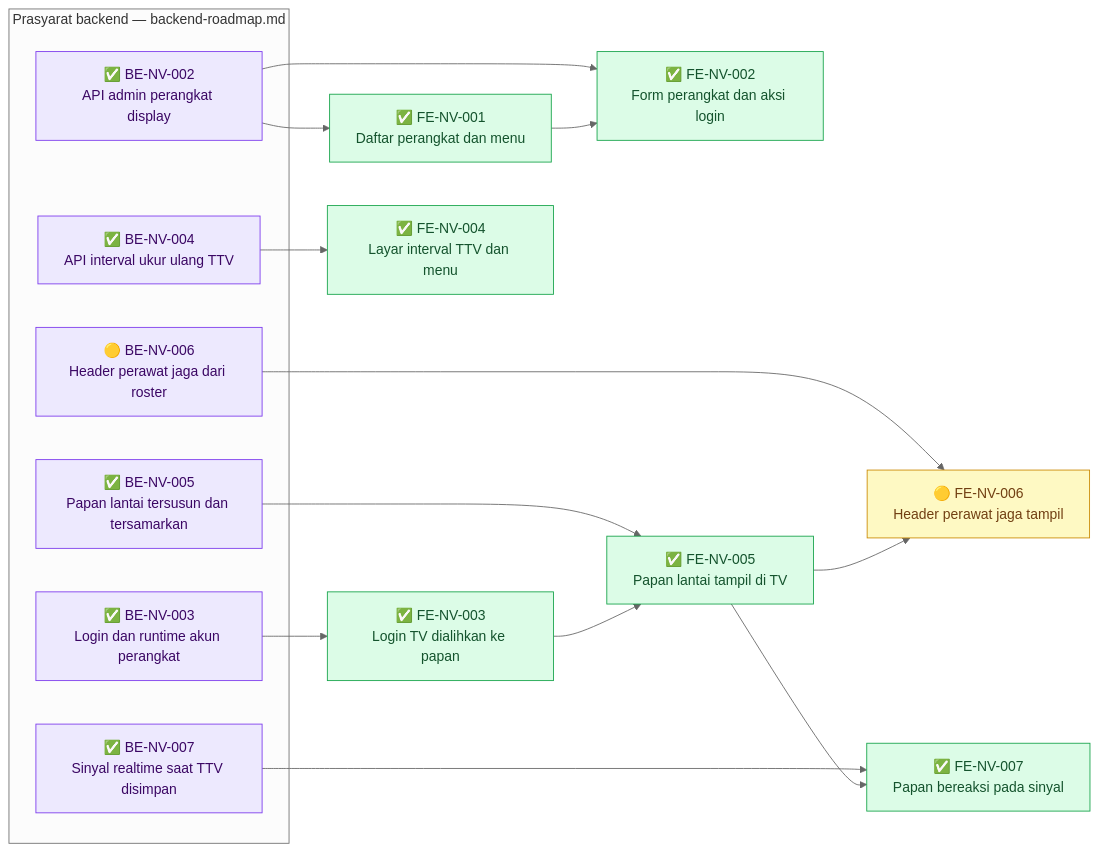
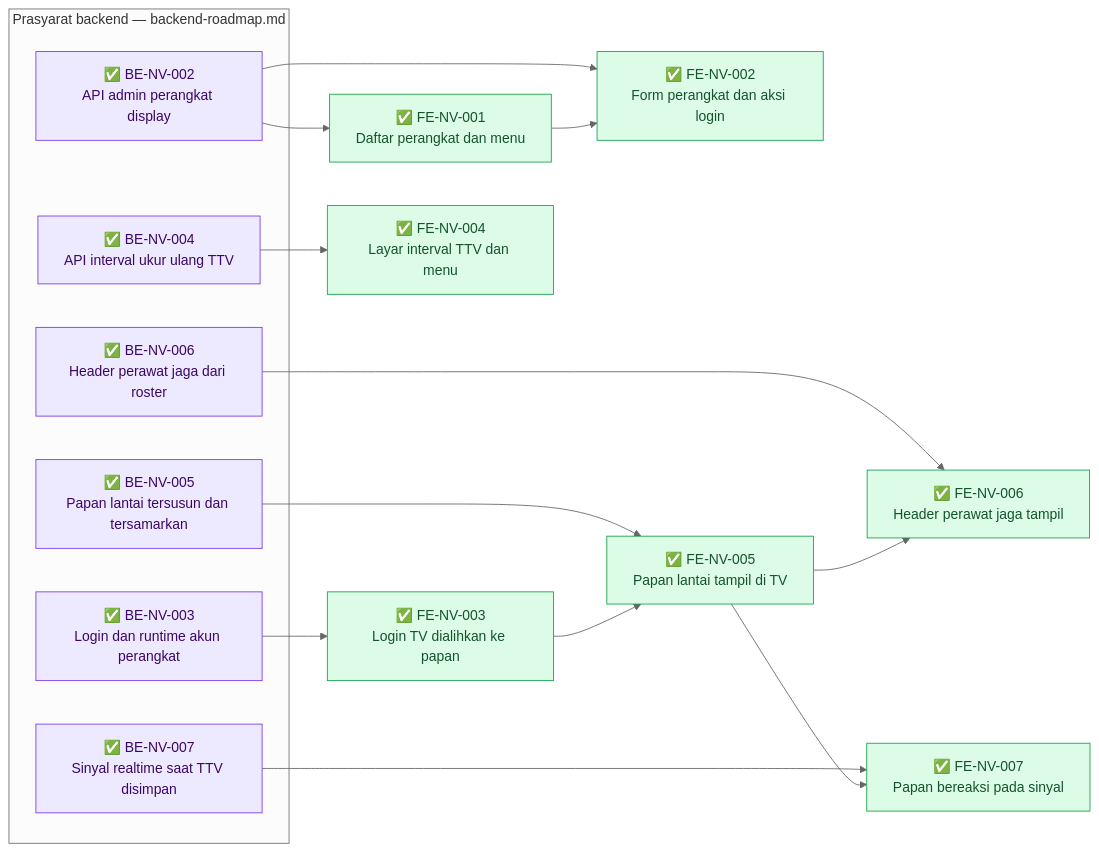
One commit to DevBenari/NewQuilvianSystemBackend changed the diagram in docs/module-blueprints/nurse-view/roadmap/frontend-roadmap.md. Above: the diagram before and after it, drawn with Mermaid (neutral theme). The commit also changed other lines of this file and 17 other files, not shown here.

````diff
--- a/docs/module-blueprints/nurse-view/roadmap/frontend-roadmap.md
+++ b/docs/module-blueprints/nurse-view/roadmap/frontend-roadmap.md
@@ -20,37 +20,37 @@
 ```mermaid
 flowchart LR
     classDef selesai fill:#DCFCE7,stroke:#16A34A,color:#14532D
     classDef sebagian fill:#FEF9C3,stroke:#CA8A04,color:#713F12
     classDef terblokir fill:#FEE2E2,stroke:#DC2626,color:#7F1D1D
     classDef belum fill:#F1F5F9,stroke:#64748B,color:#0F172A
     classDef luar fill:#EDE9FE,stroke:#7C3AED,color:#3B0764
 
     subgraph backend["Prasyarat backend — backend-roadmap.md"]
         BENV002["✅ BE-NV-002<br/>API admin perangkat display"]:::luar
         BENV003["✅ BE-NV-003<br/>Login dan runtime akun perangkat"]:::luar
         BENV004["✅ BE-NV-004<br/>API interval ukur ulang TTV"]:::luar
         BENV005["✅ BE-NV-005<br/>Papan lantai tersusun dan tersamarkan"]:::luar
-        BENV006["🟡 BE-NV-006<br/>Header perawat jaga dari roster"]:::luar
+        BENV006["✅ BE-NV-006<br/>Header perawat jaga dari roster"]:::luar
         BENV007["✅ BE-NV-007<br/>Sinyal realtime saat TTV disimpan"]:::luar
     end
 
     FENV001["✅ FE-NV-001<br/>Daftar perangkat dan menu"]:::selesai
     FENV002["✅ FE-NV-002<br/>Form perangkat dan aksi login"]:::selesai
     FENV003["✅ FE-NV-003<br/>Login TV dialihkan ke papan"]:::selesai
     FENV004["✅ FE-NV-004<br/>Layar interval TTV dan menu"]:::selesai
     FENV005["✅ FE-NV-005<br/>Papan lantai tampil di TV"]:::selesai
-    FENV006["🟡 FE-NV-006<br/>Header perawat jaga tampil"]:::sebagian
+    FENV006["✅ FE-NV-006<br/>Header perawat jaga tampil"]:::selesai
     FENV007["✅ FE-NV-007<br/>Papan bereaksi pada sinyal"]:::selesai
 
     BENV002 --> FENV001
     BENV002 --> FENV002
     FENV001 --> FENV002
     BENV003 --> FENV003
     BENV004 --> FENV004
     BENV005 --> FENV005
     FENV003 --> FENV005
     BENV006 --> FENV006
     FENV005 --> FENV006
     BENV007 --> FENV007
     FENV005 --> FENV007
 ```
````
